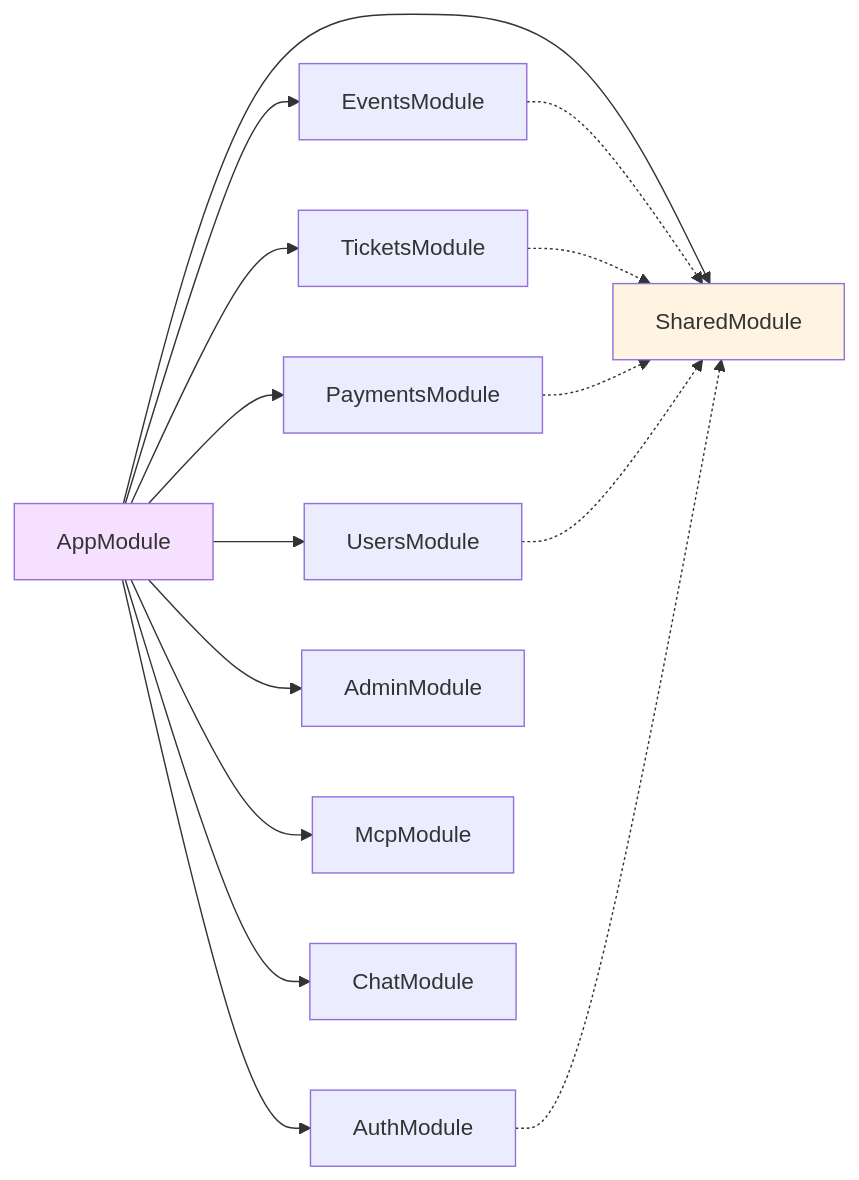
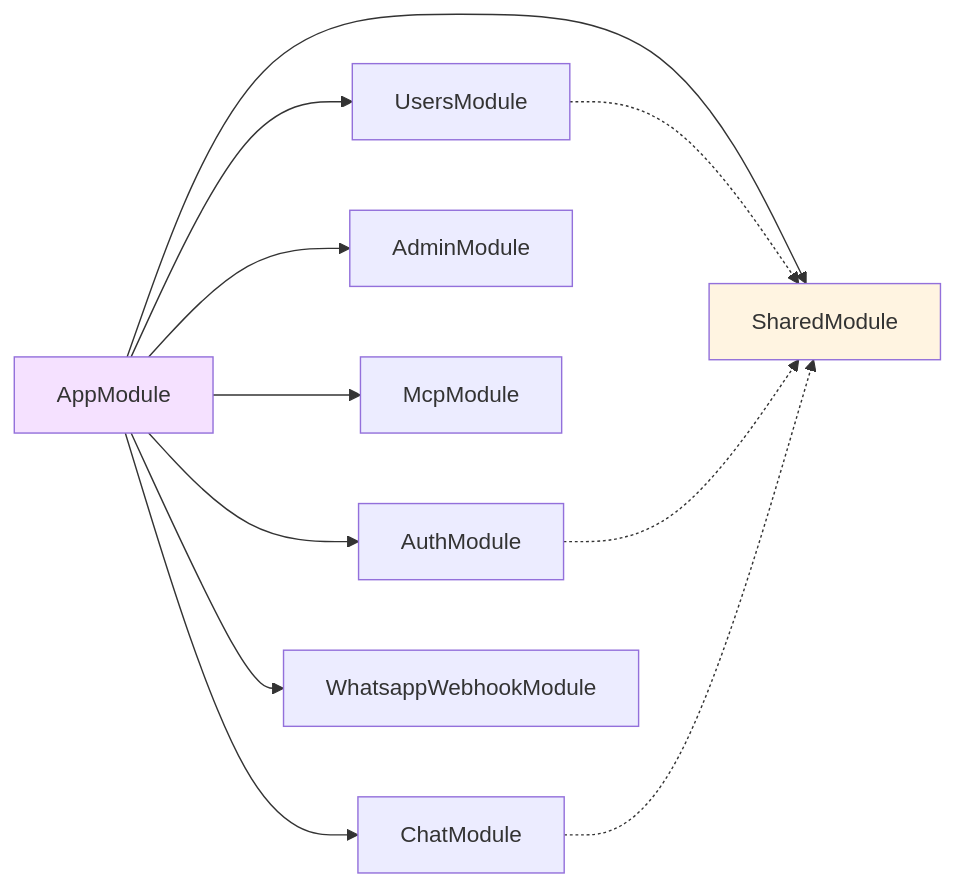
One commit to rastamansp/gwan-imoveis-backend changed the second of 2 diagrams in README.md. Above: the diagram before and after it, drawn with Mermaid. The commit also changed other lines of this file and 216 other files, not shown here.

````diff
--- a/README.md
+++ b/README.md
@@ -223,33 +213,27 @@
 ```mermaid
 graph LR
     App[AppModule]
     
     Auth[AuthModule]
     Users[UsersModule]
-    Events[EventsModule]
-    Tickets[TicketsModule]
-    Payments[PaymentsModule]
     Admin[AdminModule]
     MCP[McpModule]
     Chat[ChatModule]
+    WhatsApp[WhatsappWebhookModule]
     Shared[SharedModule]
     
     App --> Auth
     App --> Users
-    App --> Events
-    App --> Tickets
-    App --> Payments
     App --> Admin
     App --> MCP
     App --> Chat
+    App --> WhatsApp
     App --> Shared
     
-    Events -.-> Shared
-    Tickets -.-> Shared
-    Payments -.-> Shared
     Users -.-> Shared
     Auth -.-> Shared
+    Chat -.-> Shared
     
     style App fill:#f5e1ff
     style Shared fill:#fff4e1
 ```
````
